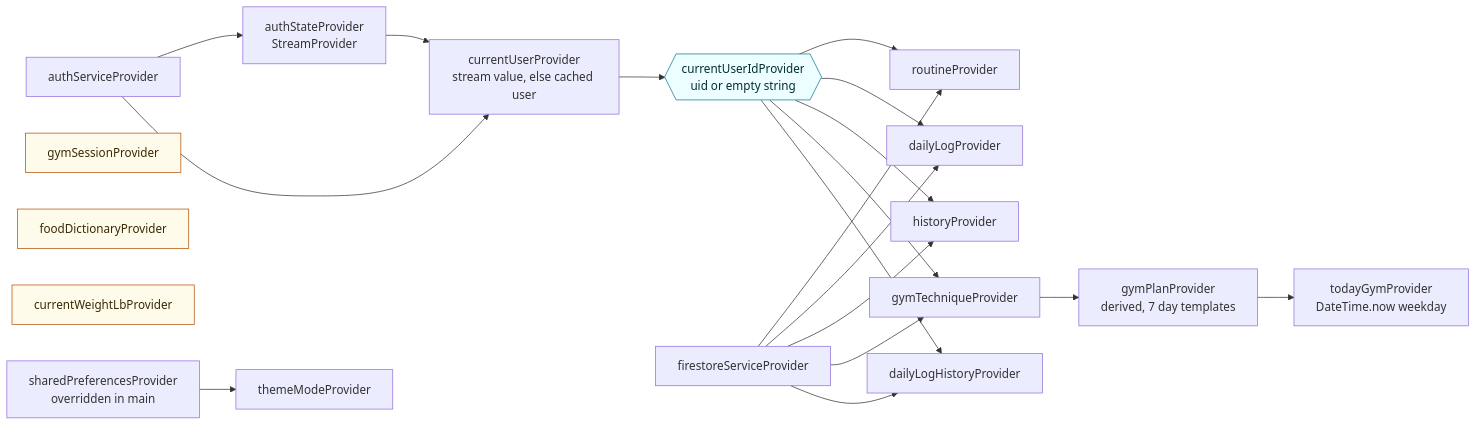
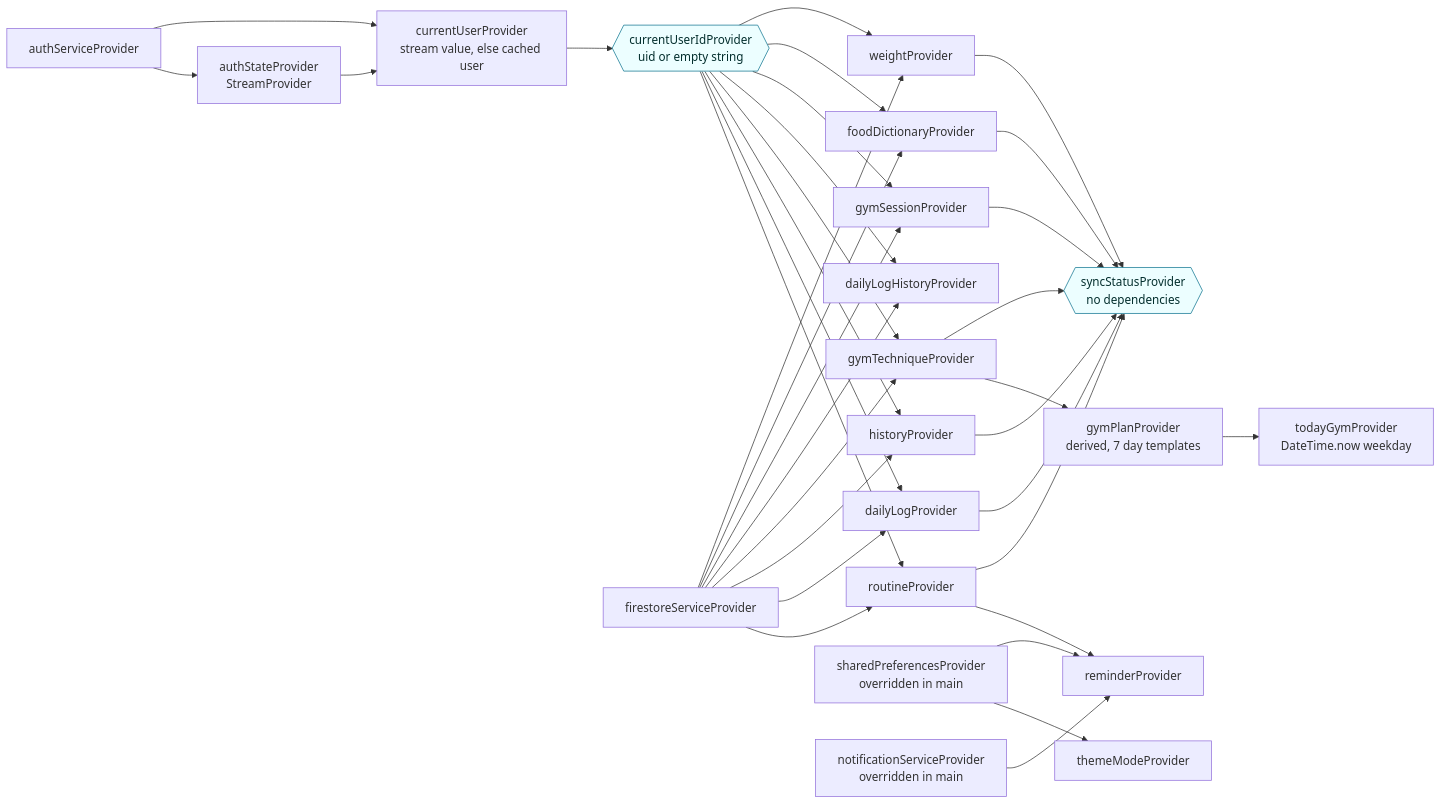
The fifth of 9 diagrams in docs/flowcharts.md (naingkhantdev/mydailylife), drawn with Mermaid before and after one commit. The commit also changed other lines of this file and 38 other files, not shown here.

````diff
--- a/docs/flowcharts.md
+++ b/docs/flowcharts.md
@@ -230,31 +250,37 @@
 ```mermaid
 flowchart LR
   A["authServiceProvider"] --> B["authStateProvider<br/>StreamProvider"]
   B --> C["currentUserProvider<br/>stream value, else cached user"]
   A --> C
   C --> D{{"currentUserIdProvider<br/>uid or empty string"}}
   E["firestoreServiceProvider"] --> F
 
   D --> F["routineProvider"]
   D --> G["dailyLogProvider"]
   D --> H["historyProvider"]
   D --> I["gymTechniqueProvider"]
   D --> J["dailyLogHistoryProvider"]
+  D --> M["gymSessionProvider"]
+  D --> N["foodDictionaryProvider"]
+  D --> R["weightProvider"]
   E --> G
   E --> H
   E --> I
   E --> J
+  E --> M
+  E --> N
+  E --> R
 
   I --> K["gymPlanProvider<br/>derived, 7 day templates"]
   K --> L["todayGymProvider<br/>DateTime.now weekday"]
 
-  M["gymSessionProvider"]
-  N["foodDictionaryProvider"]
-  O["currentWeightLbProvider"]
   P["sharedPreferencesProvider<br/>overridden in main"] --> Q["themeModeProvider"]
+  P --> T["reminderProvider"]
+  S["notificationServiceProvider<br/>overridden in main"] --> T
+  F --> T
+  U{{"syncStatusProvider<br/>no dependencies"}}
+  F & G & H & I & M & N & R --> U
 
   classDef hinge fill:#ECFEFF,stroke:#0E7490,color:#042F2E
-  classDef mem fill:#FFFBEB,stroke:#B45309,color:#3A2A05
-  class D hinge
-  class M,N,O mem
+  class D,U hinge
 ```
````
